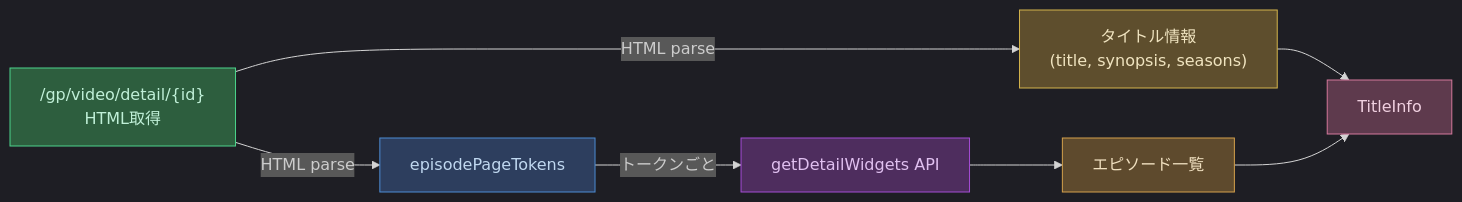
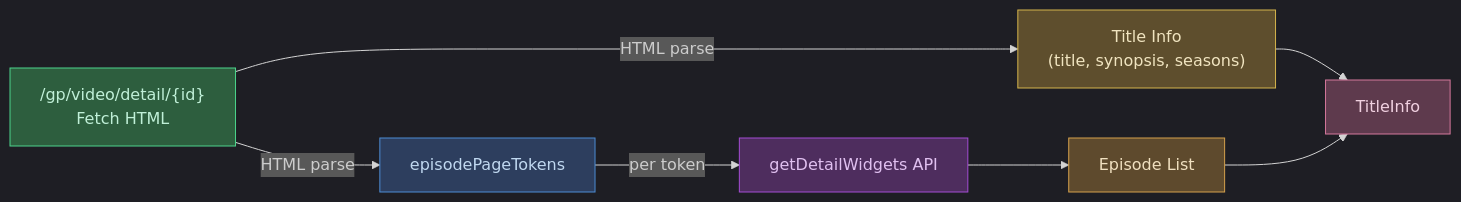
One commit to tkgstrator/anime-tracker changed the third of 5 diagrams in README.md. Above: the diagram before and after it, drawn with Mermaid. The commit also changed other lines of this file and 1 other file, not shown here.

````diff
--- a/README.md
+++ b/README.md
@@ -123,17 +125,17 @@
 ```mermaid
 %%{init: {'theme': 'dark'}}%%
 graph LR
-    Detail["/gp/video/detail/{id}<br/>HTML取得"] -->|"HTML parse"| Meta["タイトル情報<br/>(title, synopsis, seasons)"]
+    Detail["/gp/video/detail/{id}<br/>Fetch HTML"] -->|"HTML parse"| Meta["Title Info<br/>(title, synopsis, seasons)"]
     Detail -->|"HTML parse"| Tokens["episodePageTokens"]
-    Tokens -->|"トークンごと"| Widgets["getDetailWidgets API"]
-    Widgets --> Episodes["エピソード一覧"]
+    Tokens -->|"per token"| Widgets["getDetailWidgets API"]
+    Widgets --> Episodes["Episode List"]
     Meta --> Result["TitleInfo"]
     Episodes --> Result
 
     style Detail fill:#2d5e3e,stroke:#4cd48c,color:#c0f0d8
     style Meta fill:#5e4e2d,stroke:#d4b44c,color:#f0e4c0
     style Tokens fill:#2d3e5e,stroke:#4c8cd4,color:#c0d8f0
     style Widgets fill:#4e2d5e,stroke:#a44cd4,color:#e0c0f0
     style Episodes fill:#5e4a2d,stroke:#d4a04c,color:#f0e0c0
     style Result fill:#5e3a4d,stroke:#d4789c,color:#f0d0e0
 ```
````
